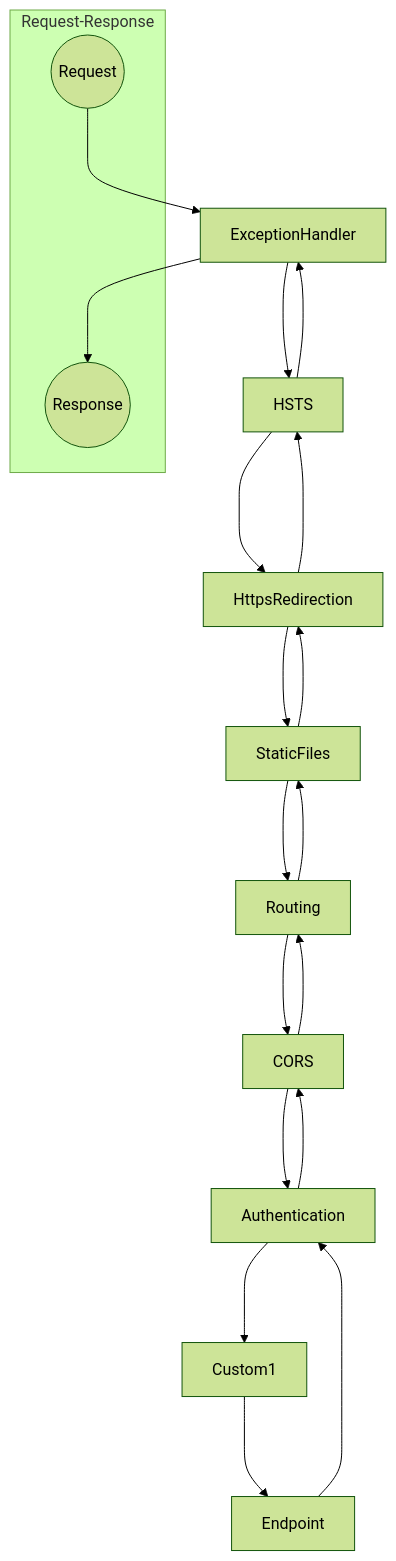
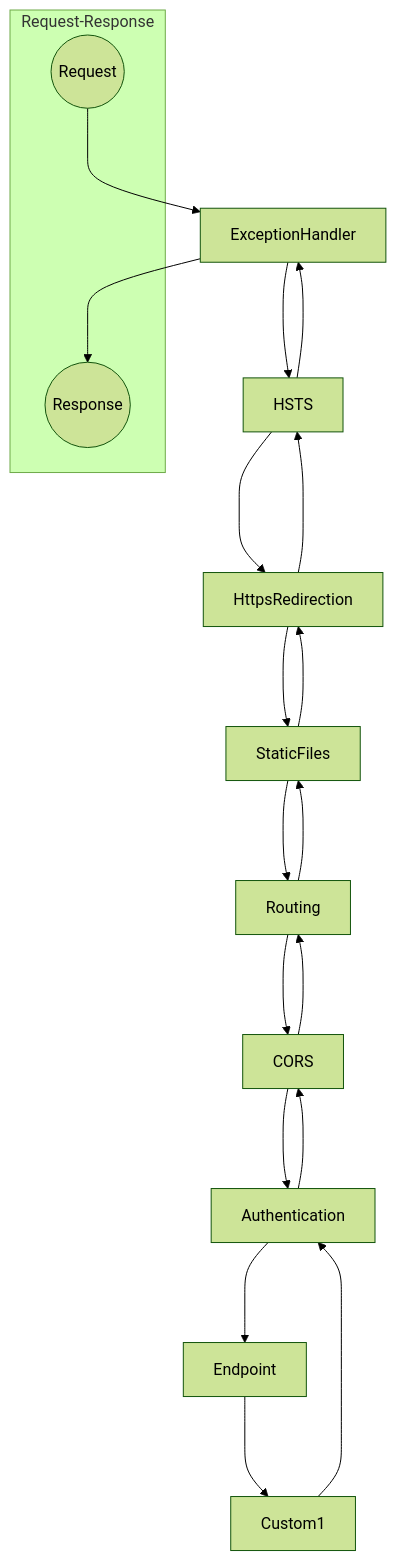
One commit to Rick-Anderson/MiddlewareMermaid changed the diagram in MiddlewareMermaid/d.md. Above: the diagram before and after it, drawn with Mermaid (forest theme).

````diff
--- a/MiddlewareMermaid/d.md
+++ b/MiddlewareMermaid/d.md
@@ -1,28 +1,28 @@
 ```mermaid
 graph TD;
     subgraph Request-Response
         Request((Request))
         Response((Response))
     end
     Request--->ExceptionHandler
     ExceptionHandler--->HSTS
     HSTS--->HttpsRedirection
     HttpsRedirection--->StaticFiles
     StaticFiles--->Routing
     Routing--->CORS
     CORS--->Authentication
-    Authentication--->Custom1
-    Custom1--->Endpoint
-    Endpoint--->Authentication
+    Authentication--->Endpoint
+    Endpoint--->Custom1
+    Custom1--->Authentication
     Authentication--->CORS
     CORS--->Routing
     Routing--->StaticFiles
     StaticFiles--->HttpsRedirection
     HttpsRedirection--->HSTS
     HSTS--->ExceptionHandler
     ExceptionHandler--->Response
 
 
 
 
 ```
````
